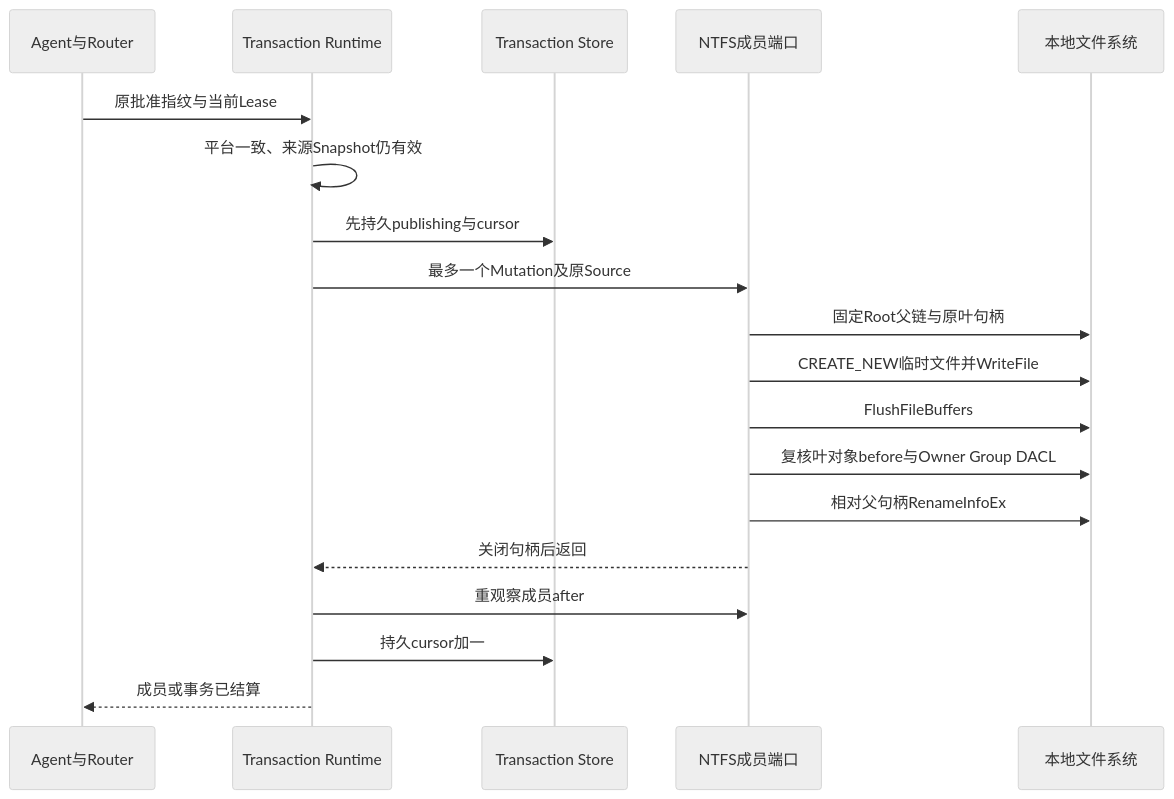
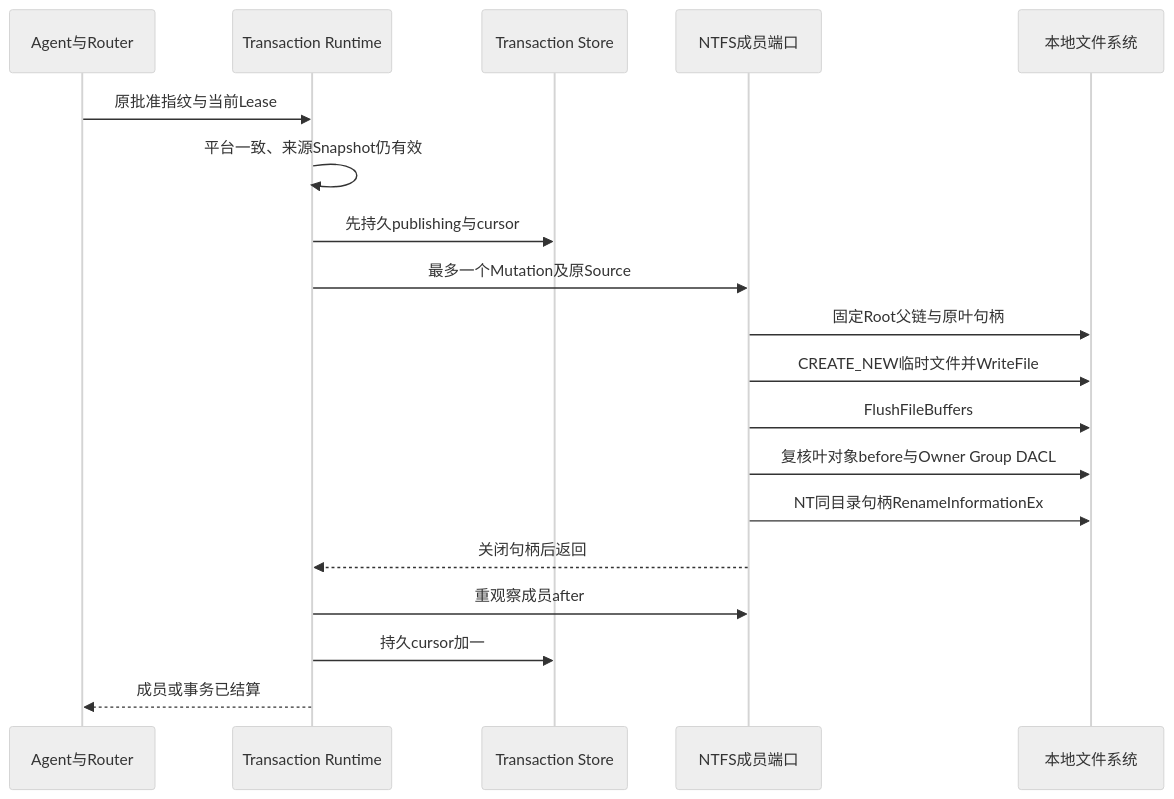
The fourth of 5 diagrams in docs/changes/m09-r4-windows-native-file-transactions.md (carrie1988/Harnessix), drawn with Mermaid (neutral theme) before and after one commit. The commit also changed other lines of this file and 5 other files, not shown here.

````diff
--- a/docs/changes/m09-r4-windows-native-file-transactions.md
+++ b/docs/changes/m09-r4-windows-native-file-transactions.md
@@ -173,21 +184,21 @@
 ```mermaid
 sequenceDiagram
     participant A as Agent与Router
     participant R as Transaction Runtime
     participant S as Transaction Store
     participant W as NTFS成员端口
     participant F as 本地文件系统
     A->>R: 原批准指纹与当前Lease
     R->>R: 平台一致、来源Snapshot仍有效
     R->>S: 先持久publishing与cursor
     R->>W: 最多一个Mutation及原Source
     W->>F: 固定Root父链与原叶句柄
     W->>F: CREATE_NEW临时文件并WriteFile
     W->>F: FlushFileBuffers
     W->>F: 复核叶对象before与Owner Group DACL
-    W->>F: 相对父句柄RenameInfoEx
+    W->>F: NT同目录句柄RenameInformationEx
     W-->>R: 关闭句柄后返回
     R->>W: 重观察成员after
     R->>S: 持久cursor加一
     R-->>A: 成员或事务已结算
 ```
````
